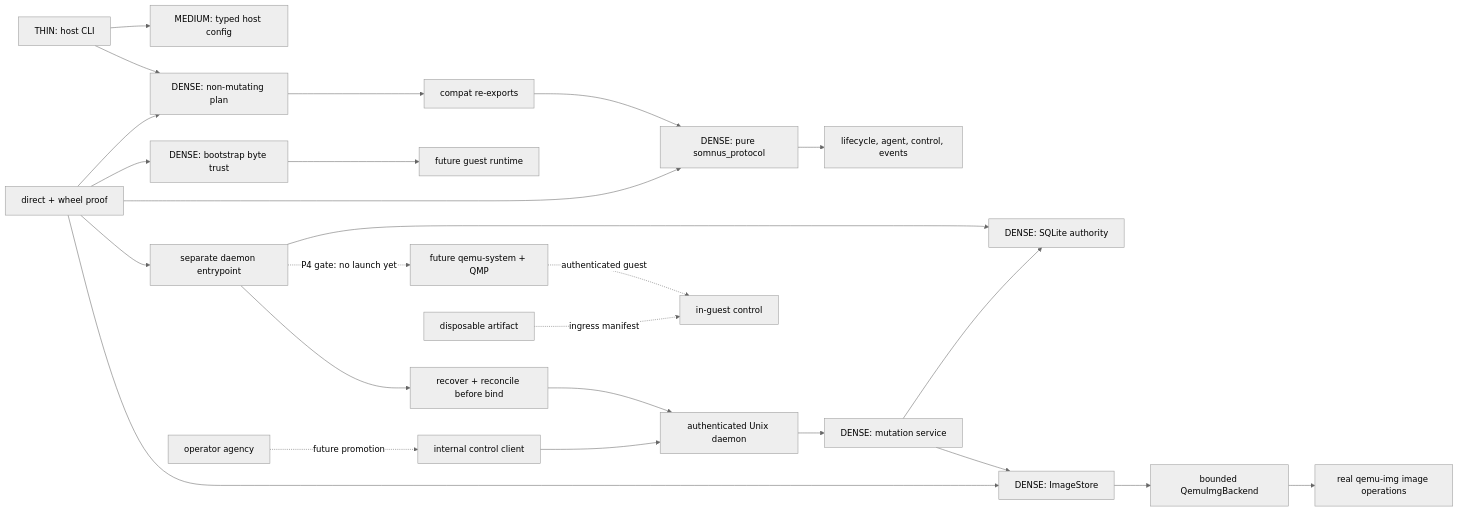
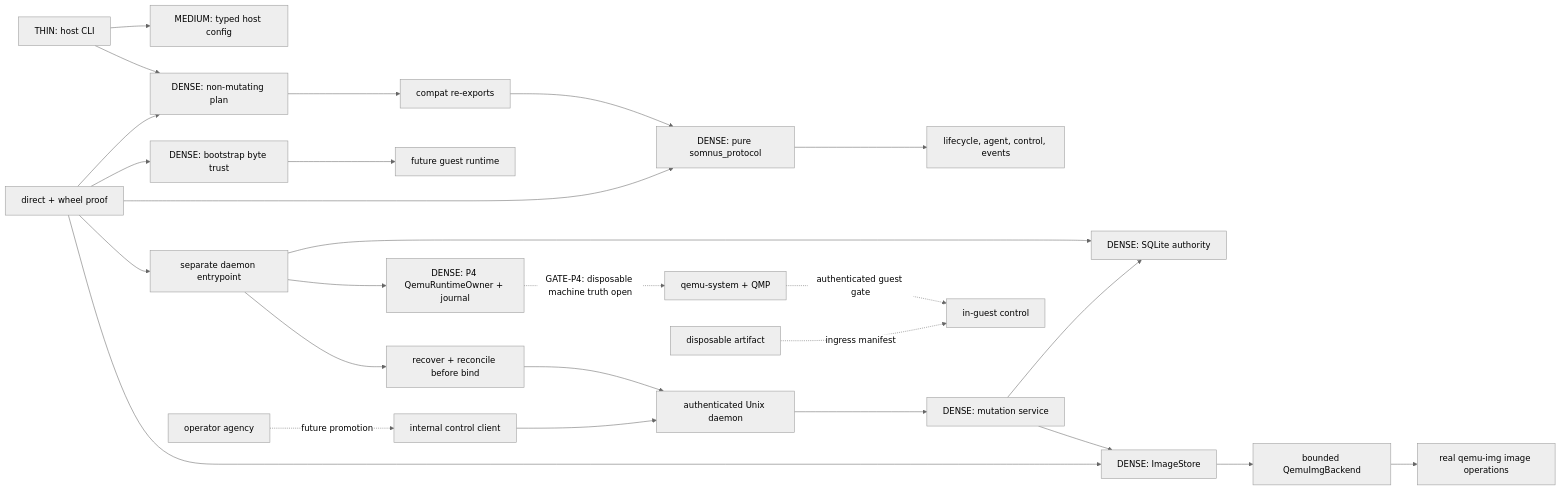
One commit to calisweetleaf/vm-lab changed the diagram in TOPOLOGY.md. Above: the diagram before and after it, drawn with Mermaid (neutral theme). The commit also changed other lines of this file and 62 other files, not shown here.

````diff
--- a/TOPOLOGY.md
+++ b/TOPOLOGY.md
@@ -307,27 +359,28 @@
 ```mermaid
 flowchart LR
     CLI["THIN: host CLI"] --> CFG["MEDIUM: typed host config"]
     CLI --> PLAN["DENSE: non-mutating plan"]
     PLAN --> COMPAT["compat re-exports"]
     COMPAT --> PROTO["DENSE: pure somnus_protocol"]
     PROTO --> VM["lifecycle, agent, control, events"]
     BOOT["DENSE: bootstrap byte trust"] --> GUEST["future guest runtime"]
     DENTRY["separate daemon entrypoint"] --> REG["DENSE: SQLite authority"]
     DENTRY --> REC["recover + reconcile before bind"]
     REC --> UDS["authenticated Unix daemon"]
     UDS --> SVC["DENSE: mutation service"]
     SVC --> REG
     SVC --> STORE["DENSE: ImageStore"]
     STORE --> IMG["bounded QemuImgBackend"]
     IMG --> QIMG["real qemu-img image operations"]
     CLIENT["internal control client"] --> UDS
-    DENTRY -. "P4 gate: no launch yet" .-> QMP["future qemu-system + QMP"]
-    QMP -. "authenticated guest" .-> AGENT["in-guest control"]
+    DENTRY --> RUNTIME["DENSE: P4 QemuRuntimeOwner + journal"]
+    RUNTIME -. "GATE-P4: disposable machine truth open" .-> QMP["qemu-system + QMP"]
+    QMP -. "authenticated guest gate" .-> AGENT["in-guest control"]
     KERMINAL["operator agency"] -. "future promotion" .-> CLIENT
     ARTIFACT["disposable artifact"] -. "ingress manifest" .-> AGENT
     TEST["direct + wheel proof"] --> PROTO
     TEST --> PLAN
     TEST --> BOOT
     TEST --> DENTRY
     TEST --> STORE
 ```
````
